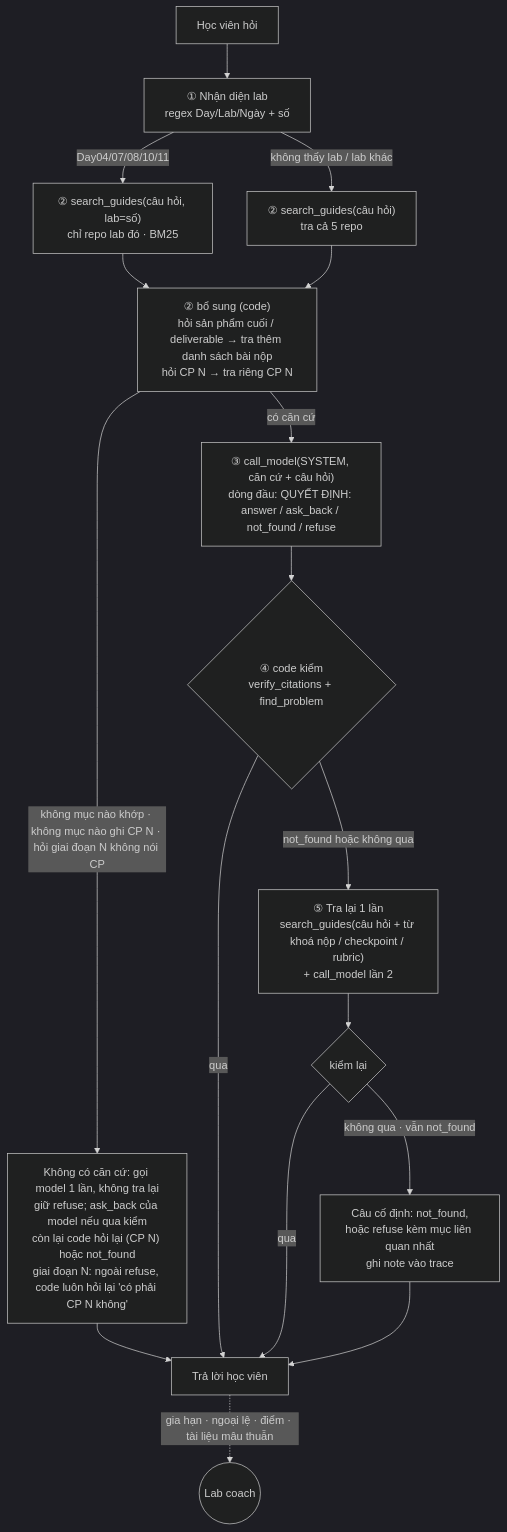
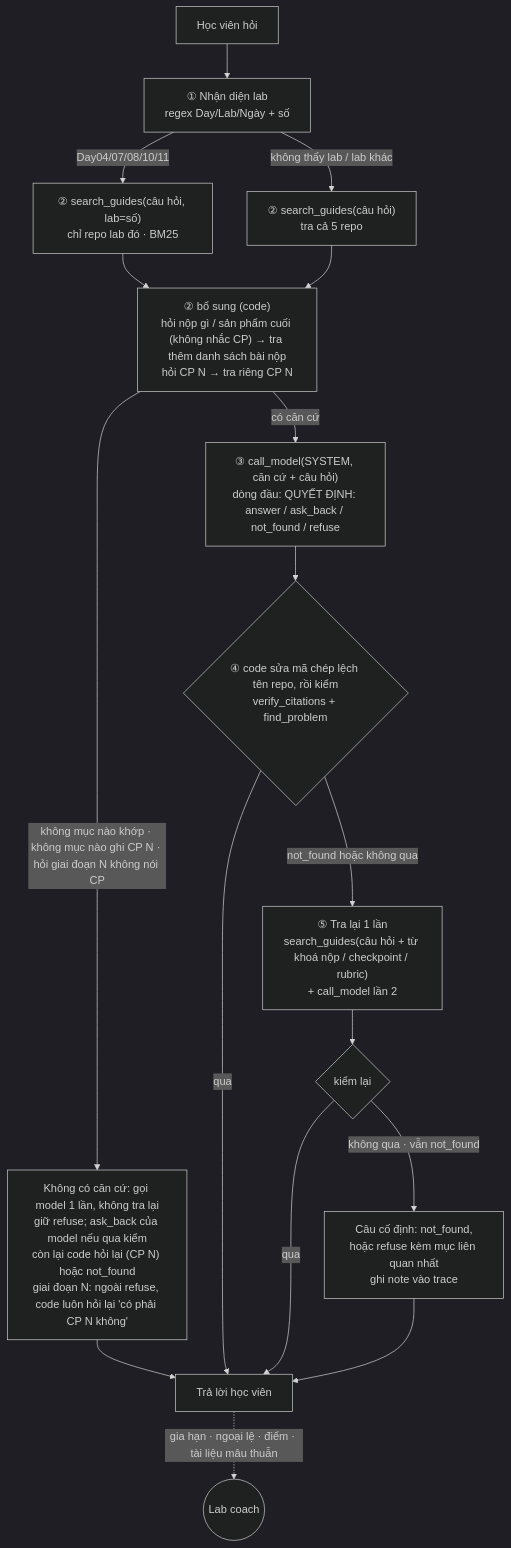
The diagram in spec.md (copengoknghek/K5-Day15-L3A-TayDuKy), drawn with Mermaid (dark theme) before and after one commit. The commit also changed other lines of this file and 2 other files, not shown here.

Commit message:
docs: cap nhat spec §4, README, ai-usage theo model that cho CP3

````diff
--- a/spec.md
+++ b/spec.md
@@ -44,19 +44,19 @@
 ```mermaid
 flowchart TD
     Q[Học viên hỏi] --> L["① Nhận diện lab<br/>regex Day/Lab/Ngày + số"]
     L -->|"Day04/07/08/10/11"| S1["② search_guides(câu hỏi, lab=số)<br/>chỉ repo lab đó · BM25"]
     L -->|"không thấy lab / lab khác"| S0["② search_guides(câu hỏi)<br/>tra cả 5 repo"]
-    S1 --> X["② bổ sung (code)<br/>hỏi sản phẩm cuối / deliverable → tra thêm danh sách bài nộp<br/>hỏi CP N → tra riêng CP N"]
+    S1 --> X["② bổ sung (code)<br/>hỏi nộp gì / sản phẩm cuối (không nhắc CP) → tra thêm danh sách bài nộp<br/>hỏi CP N → tra riêng CP N"]
     S0 --> X
     X -->|"có căn cứ"| M["③ call_model(SYSTEM, căn cứ + câu hỏi)<br/>dòng đầu: QUYẾT ĐỊNH: answer / ask_back / not_found / refuse"]
     X -->|"không mục nào khớp · không mục nào ghi CP N · hỏi giai đoạn N không nói CP"| E["Không có căn cứ: gọi model 1 lần, không tra lại<br/>giữ refuse; ask_back của model nếu qua kiểm<br/>còn lại code hỏi lại (CP N) hoặc not_found<br/>giai đoạn N: ngoài refuse, code luôn hỏi lại 'có phải CP N không'"]
     E --> OUT[Trả lời học viên]
-    M --> V{"④ code kiểm<br/>verify_citations + find_problem"}
+    M --> V{"④ code sửa mã chép lệch tên repo, rồi kiểm<br/>verify_citations + find_problem"}
     V -->|"qua"| OUT
     V -->|"not_found hoặc không qua"| R["⑤ Tra lại 1 lần<br/>search_guides(câu hỏi + từ khoá nộp / checkpoint / rubric)<br/>+ call_model lần 2"]
     R --> V2{"kiểm lại"}
     V2 -->|"qua"| OUT
     V2 -->|"không qua · vẫn not_found"| B["Câu cố định: not_found,<br/>hoặc refuse kèm mục liên quan nhất<br/>ghi note vào trace"]
     B --> OUT
     OUT -.->|"gia hạn · ngoại lệ · điểm · tài liệu mâu thuẫn"| H((Lab coach))
 ```
````
